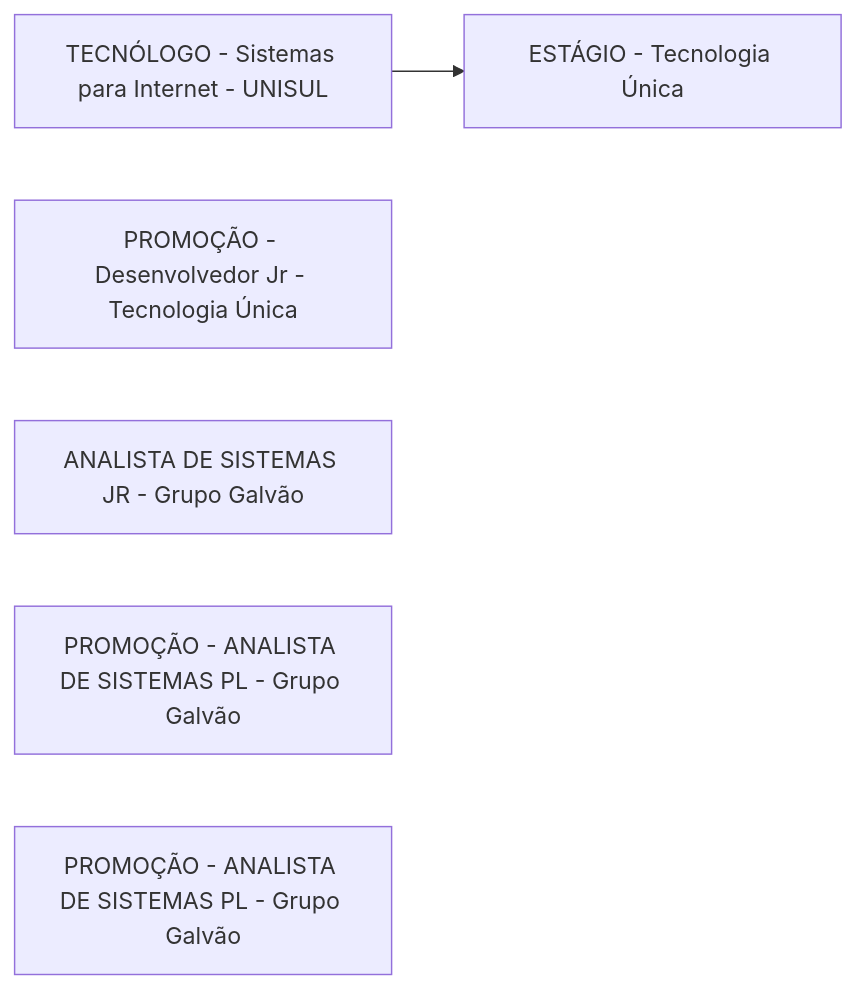
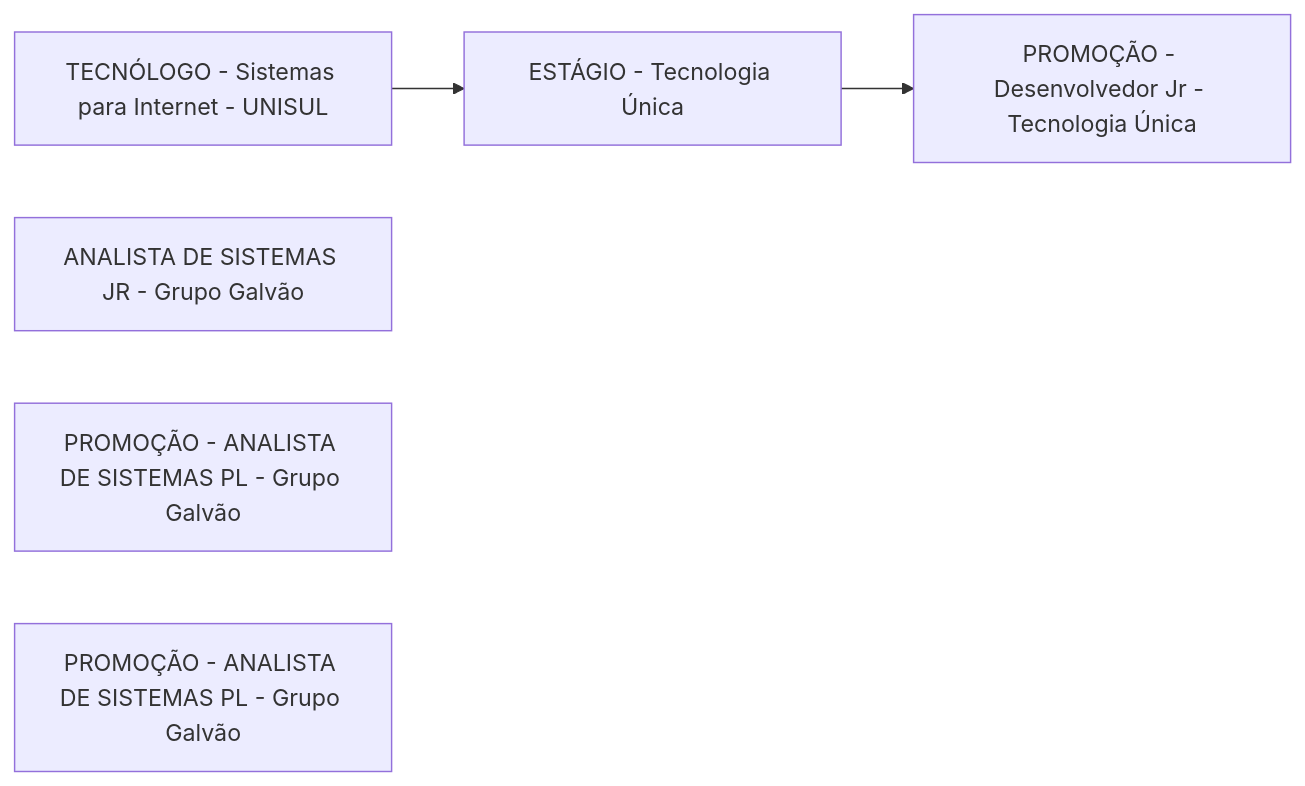
One commit to rafsp/Graduacao_FIAP changed the diagram in Advanced-Business-Development-with-.NET/1º-Semestre/Aula-01-%2D-Introdução-e-Apresentação/Apresentação-do-Professor.md. Above: the diagram before and after it, drawn with Mermaid.

Commit message:
Updated Apresentação do Professor

```diff
--- a/Advanced-Business-Development-with-.NET/1º-Semestre/Aula-01-%2D-Introdução-e-Apresentação/Apresentação-do-Professor.md
+++ b/Advanced-Business-Development-with-.NET/1º-Semestre/Aula-01-%2D-Introdução-e-Apresentação/Apresentação-do-Professor.md
@@ -1,10 +1,12 @@
 ::: mermaid
 flowchart LR;
 a[TECNÓLOGO - Sistemas para Internet - UNISUL];
 b[ESTÁGIO - Tecnologia Única];
 c[PROMOÇÃO - Desenvolvedor Jr - Tecnologia Única];
 d[ANALISTA DE SISTEMAS JR - Grupo Galvão];
 e[PROMOÇÃO - ANALISTA DE SISTEMAS PL - Grupo Galvão];
 f[PROMOÇÃO - ANALISTA DE SISTEMAS PL - Grupo Galvão];
 a-->b;
+b-->c;
+
 :::
```
